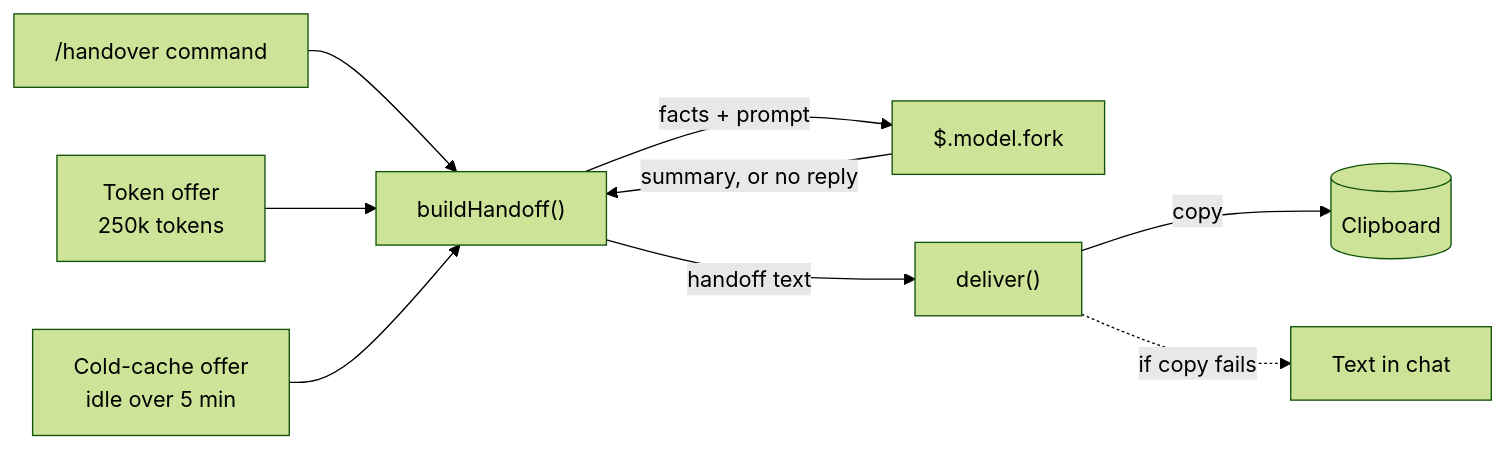
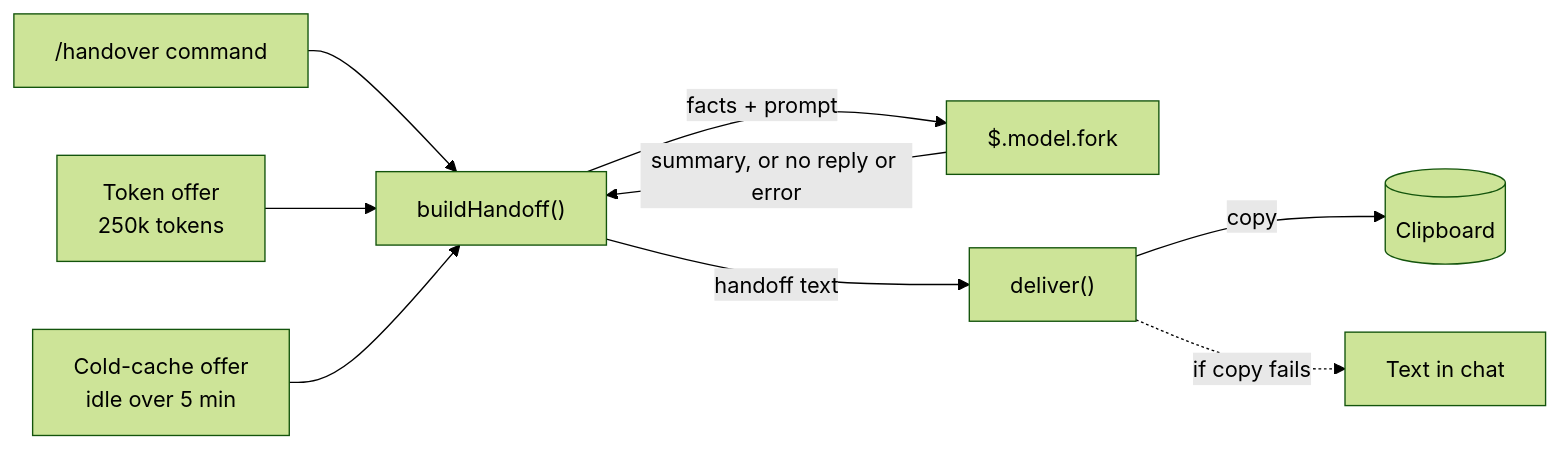
Before and after one commit to plaktoz/claude-mods: the first of 4 diagrams in mods/handoff/README.md, drawn with Mermaid (forest theme). The commit also changed other lines of this file and 20 other files, not shown here.

````diff
--- a/mods/handoff/README.md
+++ b/mods/handoff/README.md
@@ -75,11 +75,11 @@
 ```mermaid
 flowchart LR
     C["/handover command"] --> B["buildHandoff()"]
     T["Token offer<br/>250k tokens"] --> B
     K["Cold-cache offer<br/>idle over 5 min"] --> B
     B -->|"facts + prompt"| F["$.model.fork"]
-    F -->|"summary, or no reply"| B
+    F -->|"summary, or no reply or error"| B
     B -->|"handoff text"| D["deliver()"]
     D -->|"copy"| CB[("Clipboard")]
     D -.->|"if copy fails"| X["Text in chat"]
 ```
````
